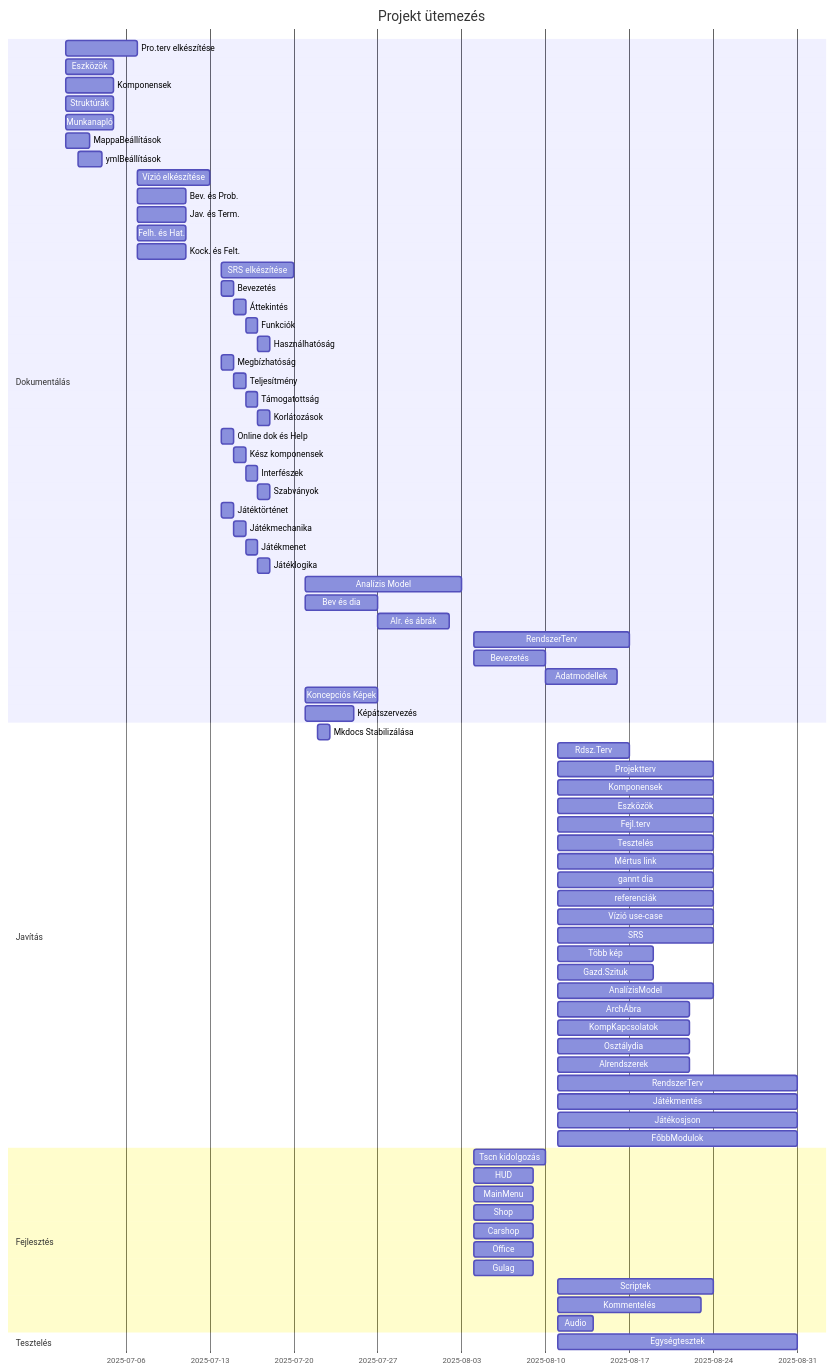
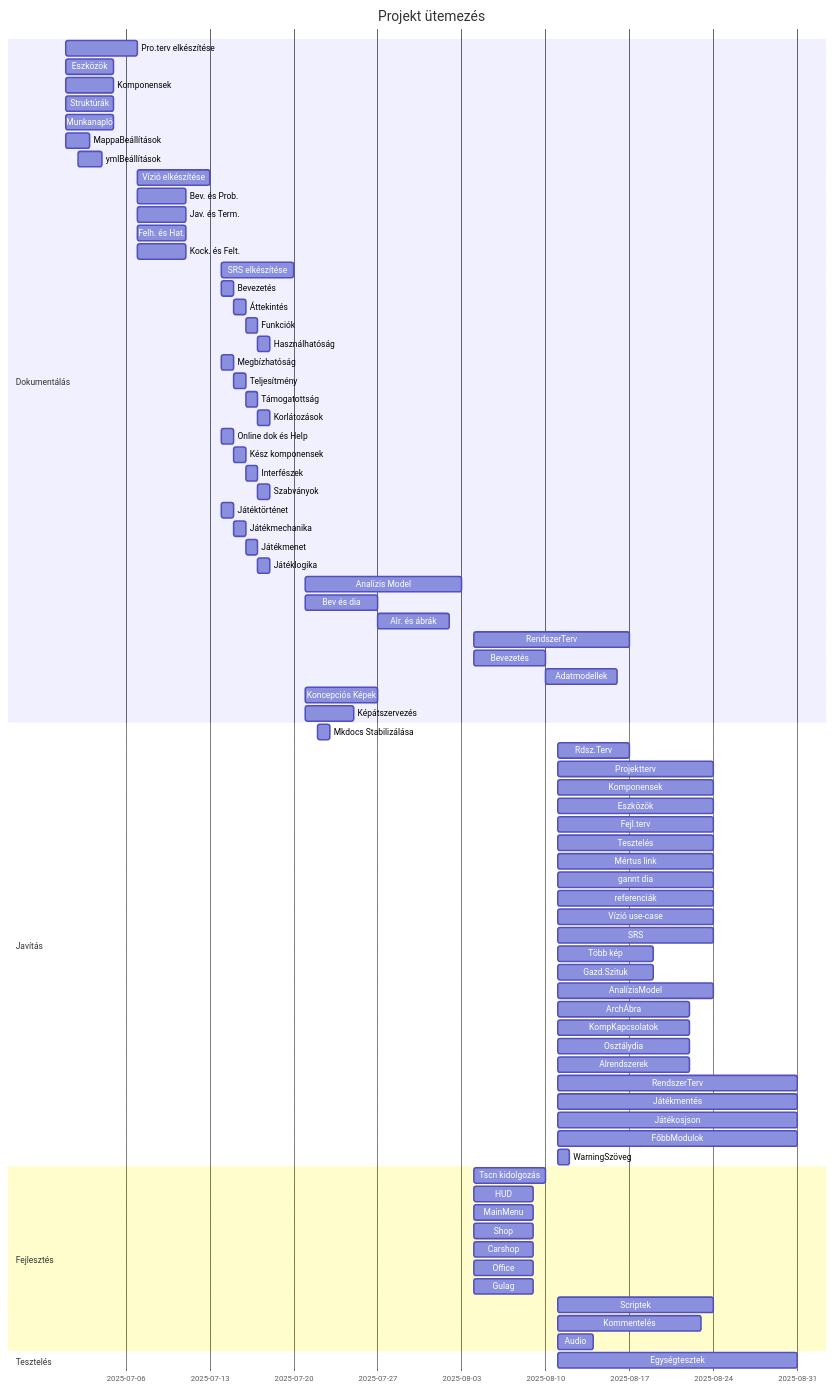
One commit to szsolt0/SzakGyak changed the diagram in docs/project-plan/gannt.md. Above: the diagram before and after it, drawn with Mermaid.

Commit message:
-Warning emlékeztető szöveg a dokumentumhoz csatolva Sebe Zsolti Pull-merge által gannt diagramba írva

```diff
--- a/docs/project-plan/gannt.md
+++ b/docs/project-plan/gannt.md
@@ -81,6 +81,8 @@
         Játékosjson:b22, 2025-08-11, 20d
         FőbbModulok:b23, 2025-08-11, 20d
 
+    WarningSzöveg:b24, 2025-08-11, 1d
+
     section Fejlesztés
     Tscn kidolgozás:c1, 2025-08-04, 6d
         HUD:c2, 2025-08-04, 5d
```
